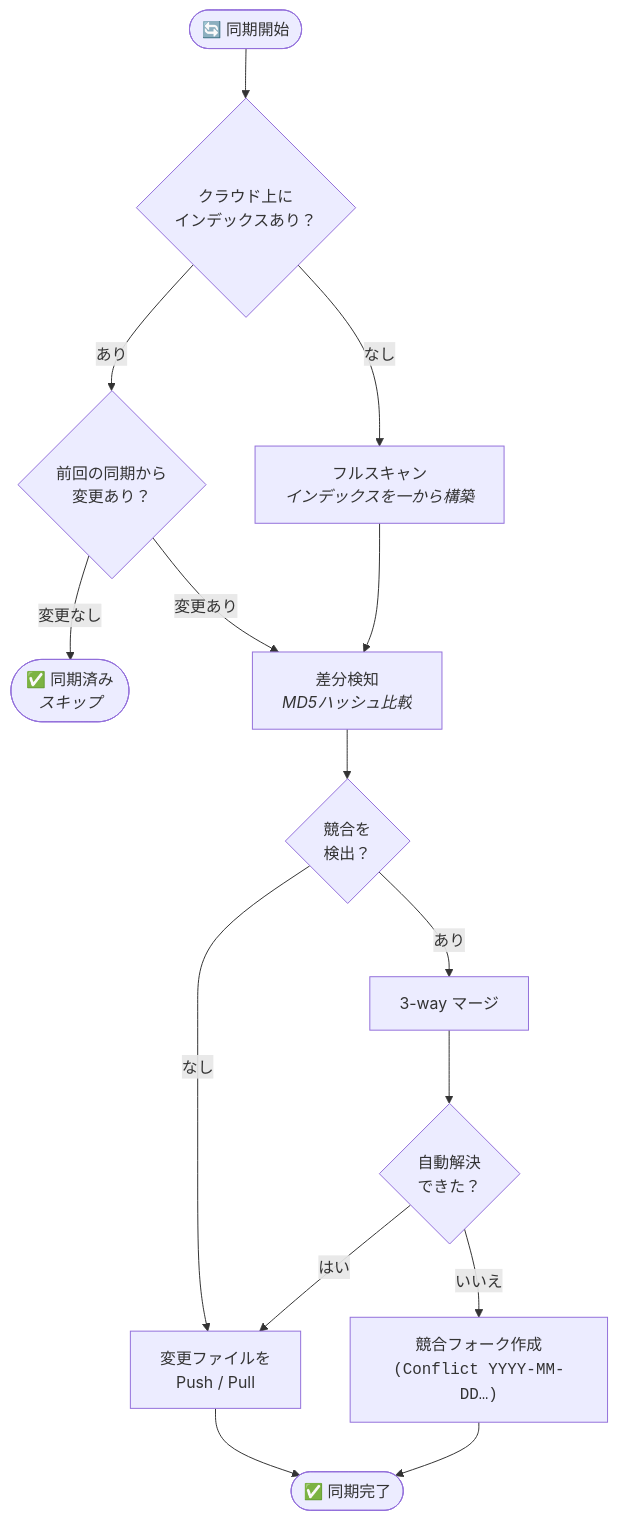
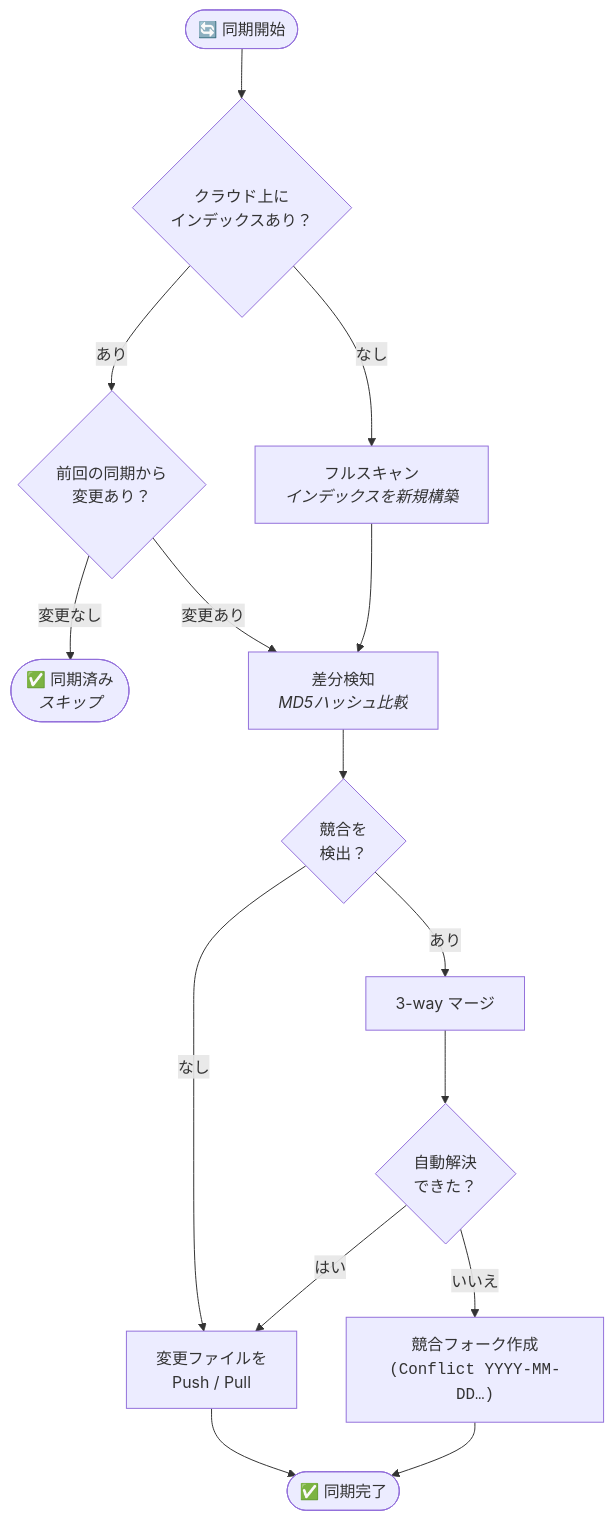
Before and after one commit to c-ardinal/obsidian-vault-sync: the second of 4 diagrams in README_ja.md, drawn with Mermaid. The commit also changed other lines of this file and 14 other files, not shown here.

````diff
--- a/README_ja.md
+++ b/README_ja.md
@@ -237,17 +237,17 @@
 ```mermaid
 flowchart TD
     A(["🔄 同期開始"]) --> B{"クラウド上に<br/>インデックスあり？"}
-    B -->|なし| F["フルスキャン<br/><i>インデックスを一から構築</i>"]
+    B -->|なし| F["フルスキャン<br/><i>インデックスを新規構築</i>"]
     B -->|あり| C{"前回の同期から<br/>変更あり？"}
     C -->|変更なし| D(["✅ 同期済み<br/><i>スキップ</i>"])
     C -->|変更あり| E["差分検知<br/><i>MD5ハッシュ比較</i>"]
     F --> E
     E --> G{"競合を<br/>検出？"}
     G -->|なし| H["変更ファイルを<br/>Push / Pull"]
     G -->|あり| I["3-way マージ"]
     I --> J{"自動解決<br/>できた？"}
     J -->|はい| H
     J -->|いいえ| K["競合フォーク作成<br/><code>(Conflict YYYY-MM-DD…)</code>"]
     H --> L(["✅ 同期完了"])
     K --> L
 ```
````
